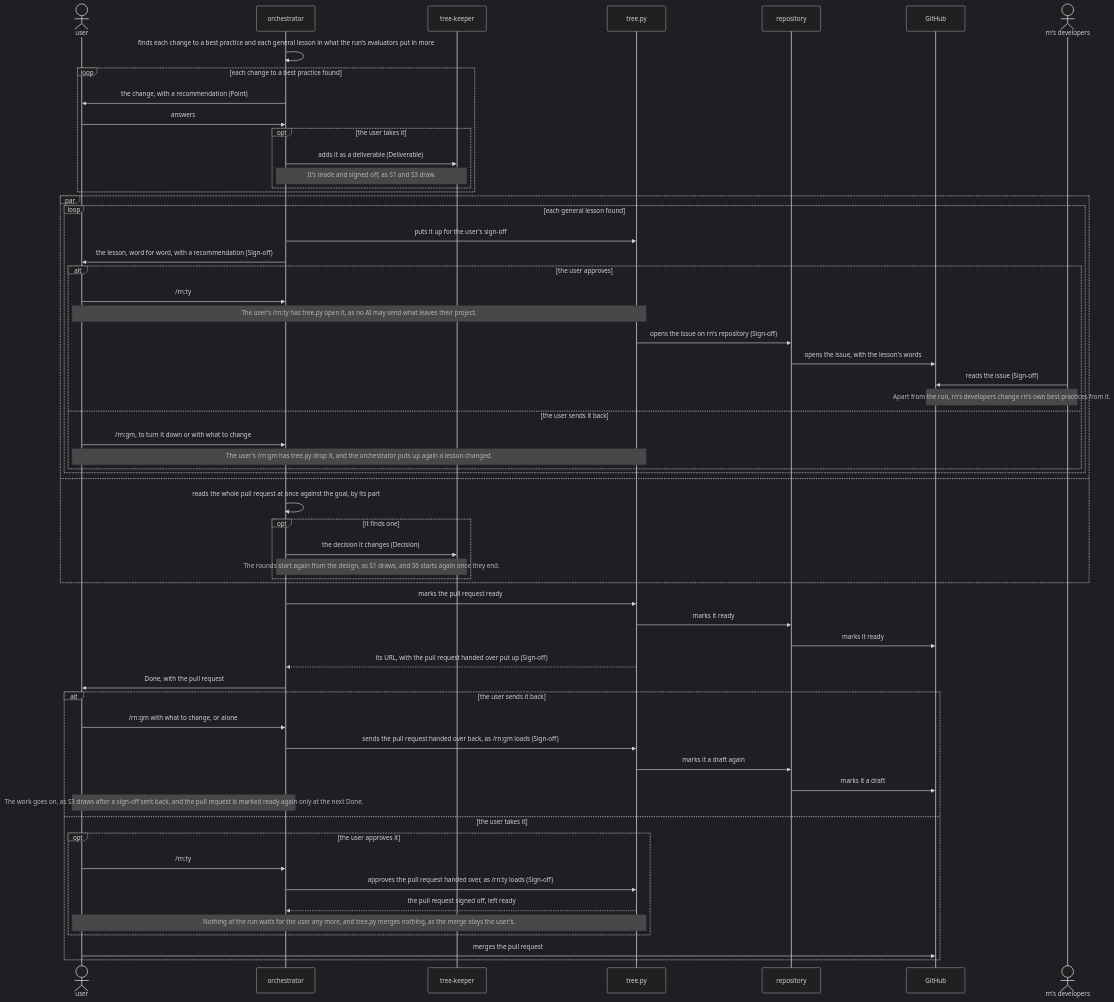
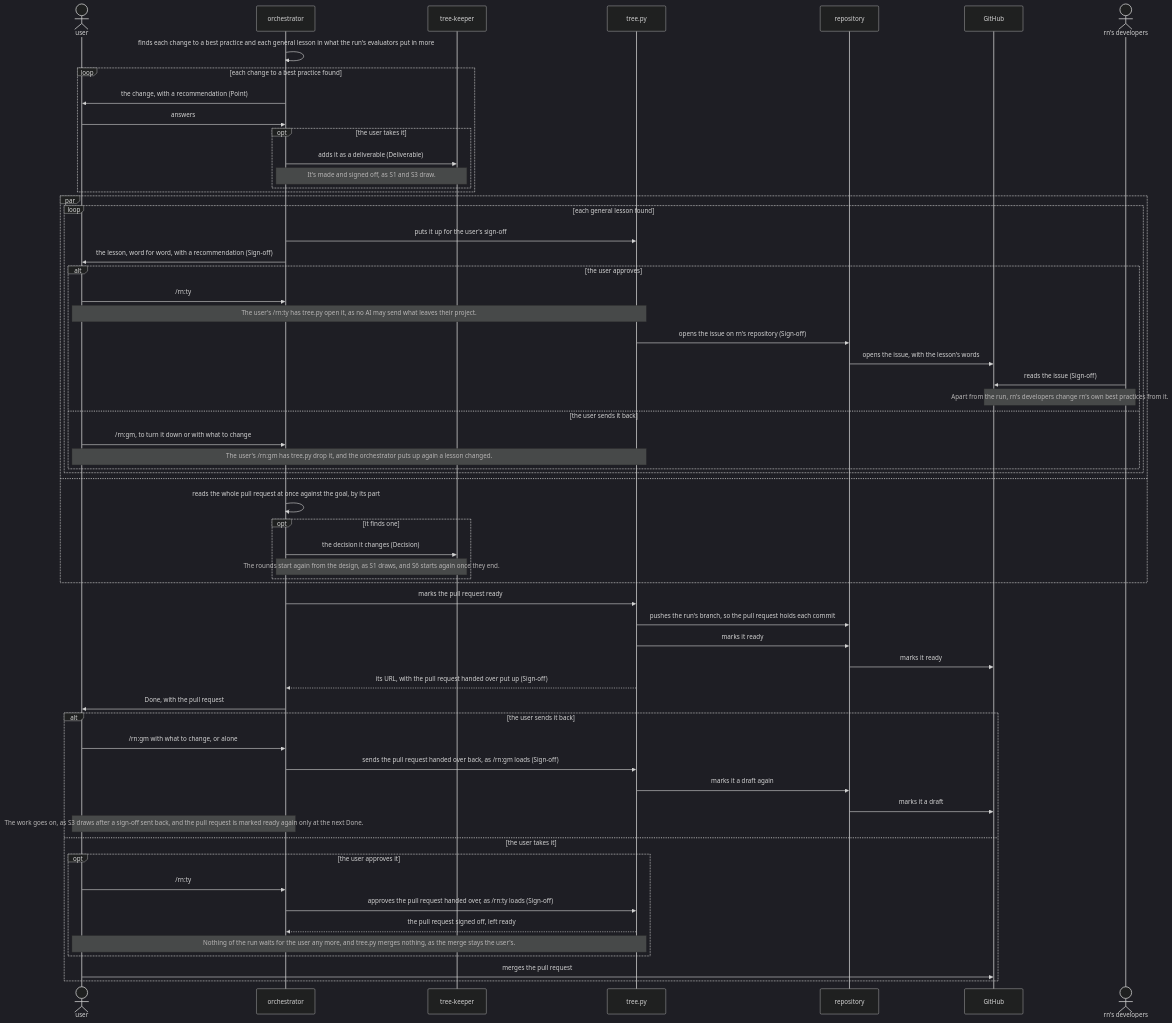
Before and after one commit to lovaizu/ccpm: the sixth of 6 diagrams in dev/rn/architecture.md, drawn with Mermaid (dark theme). The commit also changed 1 other file, not shown here.

Commit message:
rn's tree.py ready pushes the run's branch before it marks the pull request ready, as S6 now draws, so that the pull request handed over holds each commit, the tree-keeper's last done among them
Claude-Session: https://claude.ai/code/session_0172CgKgKvhT2KCgXfMaPBwd

````diff
--- a/dev/rn/architecture.md
+++ b/dev/rn/architecture.md
@@ -446,62 +446,63 @@
 ```mermaid
 sequenceDiagram
   actor U as user
   participant O as orchestrator
   participant K as tree-keeper
   participant T as tree.py
   participant RP as repository
   participant GH as GitHub
   actor D as rn's developers
   O->>O: finds each change to a best practice and each general lesson in what the run's evaluators put in more
   loop each change to a best practice found
     O->>U: the change, with a recommendation (Point)
     U->>O: answers
     opt the user takes it
       O->>K: adds it as a deliverable (Deliverable)
       Note over O,K: It's made and signed off, as S1 and S3 draw.
     end
   end
   par
     loop each general lesson found
       O->>T: puts it up for the user's sign-off
       O->>U: the lesson, word for word, with a recommendation (Sign-off)
       alt the user approves
         U->>O: /rn:ty
         Note over U,T: The user's /rn:ty has tree.py open it, as no AI may send what leaves their project.
         T->>RP: opens the issue on rn's repository (Sign-off)
         RP->>GH: opens the issue, with the lesson's words
         D->>GH: reads the issue (Sign-off)
         Note over GH,D: Apart from the run, rn's developers change rn's own best practices from it.
       else the user sends it back
         U->>O: /rn:gm, to turn it down or with what to change
         Note over U,T: The user's /rn:gm has tree.py drop it, and the orchestrator puts up again a lesson changed.
       end
     end
   and
     O->>O: reads the whole pull request at once against the goal, by its part
     opt it finds one
       O->>K: the decision it changes (Decision)
       Note over O,K: The rounds start again from the design, as S1 draws, and S6 starts again once they end.
     end
   end
   O->>T: marks the pull request ready
+  T->>RP: pushes the run's branch, so the pull request holds each commit
   T->>RP: marks it ready
   RP->>GH: marks it ready
   T-->>O: its URL, with the pull request handed over put up (Sign-off)
   O->>U: Done, with the pull request
   alt the user sends it back
     U->>O: /rn:gm with what to change, or alone
     O->>T: sends the pull request handed over back, as /rn:gm loads (Sign-off)
     T->>RP: marks it a draft again
     RP->>GH: marks it a draft
     Note over U,O: The work goes on, as S3 draws after a sign-off sent back, and the pull request is marked ready again only at the next Done.
   else the user takes it
     opt the user approves it
       U->>O: /rn:ty
       O->>T: approves the pull request handed over, as /rn:ty loads (Sign-off)
       T-->>O: the pull request signed off, left ready
       Note over U,T: Nothing of the run waits for the user any more, and tree.py merges nothing, as the merge stays the user's.
     end
     U->>GH: merges the pull request
   end
 ```
````
